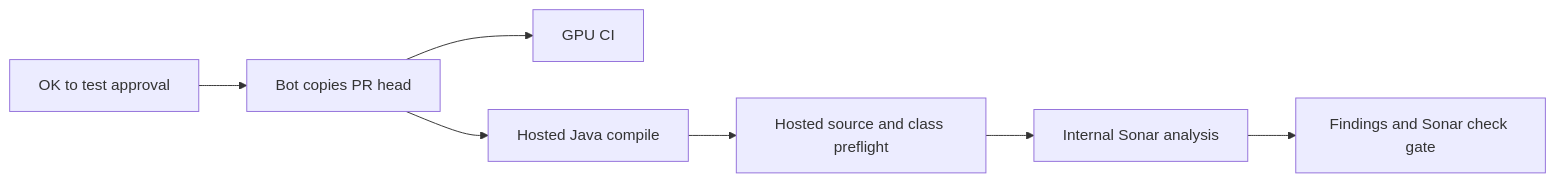
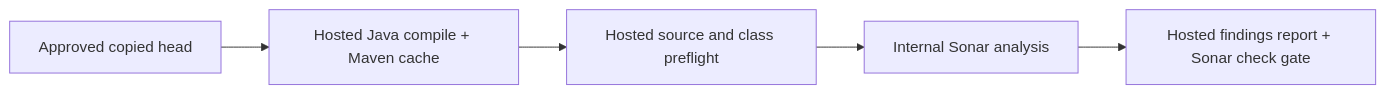
One commit to NVIDIA/cudf-spark-jni changed the diagram in .github/scripts/sonar-check/README.md. Above: the diagram before and after it, drawn with Mermaid. The commit also changed other lines of this file and 3 other files, not shown here.

````diff
--- a/.github/scripts/sonar-check/README.md
+++ b/.github/scripts/sonar-check/README.md
@@ -10,9 +9,7 @@
 ```mermaid
 flowchart LR
-  A[OK to test approval] --> B[Bot copies PR head]
-  B --> C[GPU CI]
-  B --> D[Hosted Java compile]
-  D --> E[Hosted source and class preflight]
-  E --> F[Internal Sonar analysis]
-  F --> G[Findings and Sonar check gate]
+  A[Approved copied head] --> B[Hosted Java compile + Maven cache]
+  B --> C[Hosted source and class preflight]
+  C --> D[Internal Sonar analysis]
+  D --> E[Hosted findings report + Sonar check gate]
 ```
````
